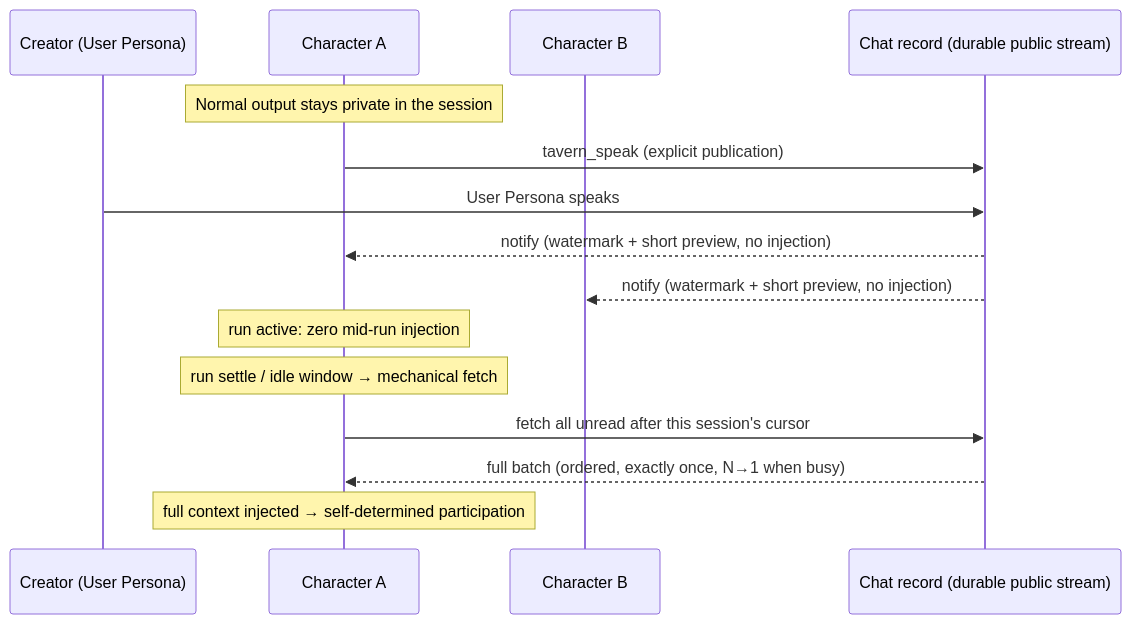
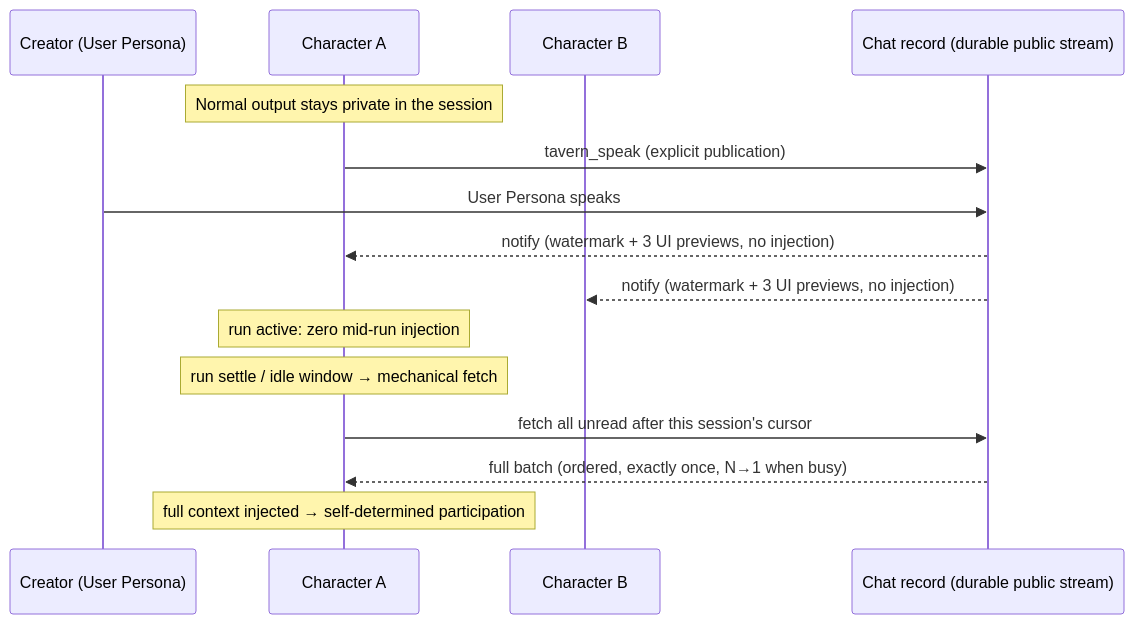
One commit to icylight/pi-tavern changed the diagram in README.en.md. Above: the diagram before and after it, drawn with Mermaid. The commit also changed other lines of this file and 1 other file, not shown here.

````diff
--- a/README.en.md
+++ b/README.en.md
@@ -33,18 +33,18 @@
 ```mermaid
 sequenceDiagram
     participant C as Creator (User Persona)
     participant A as Character A
     participant B as Character B
     participant S as Chat record (durable public stream)
 
     Note over A: Normal output stays private in the session
     A->>S: tavern_speak (explicit publication)
     C->>S: User Persona speaks
-    S-->>A: notify (watermark + short preview, no injection)
-    S-->>B: notify (watermark + short preview, no injection)
+    S-->>A: notify (watermark + 3 UI previews, no injection)
+    S-->>B: notify (watermark + 3 UI previews, no injection)
     Note over A: run active: zero mid-run injection
     Note over A: run settle / idle window → mechanical fetch
     A->>S: fetch all unread after this session's cursor
     S-->>A: full batch (ordered, exactly once, N→1 when busy)
     Note over A: full context injected → self-determined participation
 ```
````
